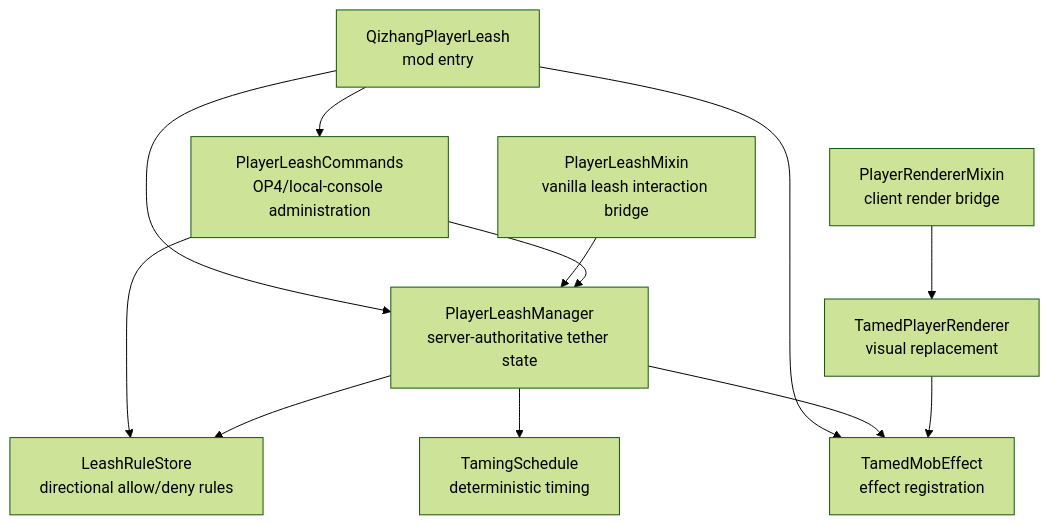
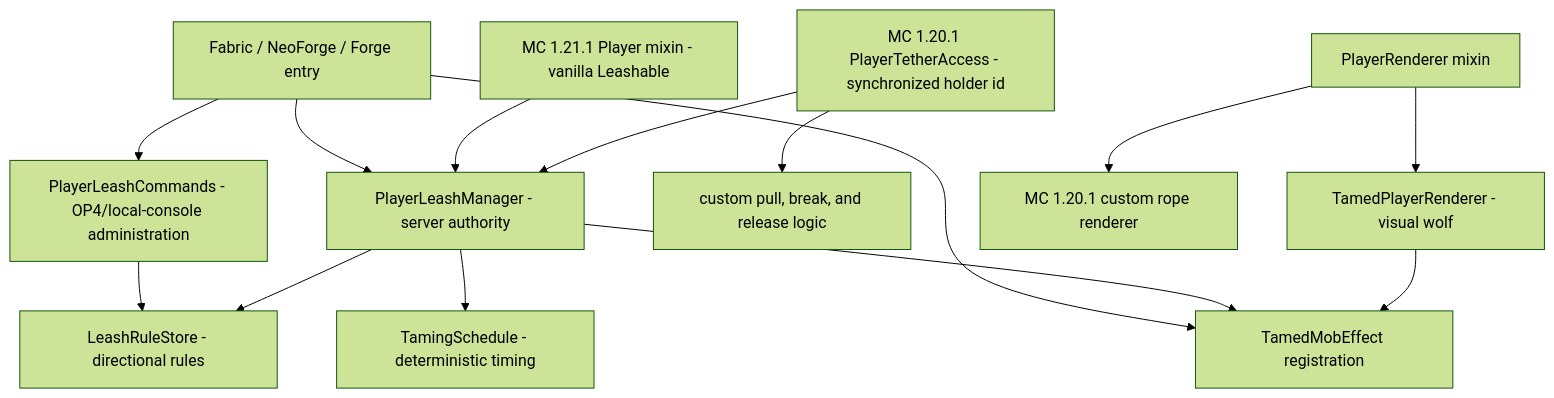
One commit to EeryFrank/Players-Tether-Easter-Egg-Version changed the second of 2 diagrams in docs/DEPENDENCIES_AND_ARCHITECTURE.md. Above: the diagram before and after it, drawn with Mermaid (forest theme). The commit also changed other lines of this file and 59 other files, not shown here.

````diff
--- a/docs/DEPENDENCIES_AND_ARCHITECTURE.md
+++ b/docs/DEPENDENCIES_AND_ARCHITECTURE.md
@@ -29,16 +43,19 @@
 ```mermaid
 flowchart TD
-    Entry["QizhangPlayerLeash\nmod entry"] --> Manager["PlayerLeashManager\nserver-authoritative tether state"]
-    Entry --> Commands["PlayerLeashCommands\nOP4/local-console administration"]
-    Entry --> Effect["TamedMobEffect\neffect registration"]
+    Entry["Fabric / NeoForge / Forge entry"] --> Manager["PlayerLeashManager - server authority"]
+    Entry --> Commands["PlayerLeashCommands - OP4/local-console administration"]
+    Entry --> Effect["TamedMobEffect registration"]
 
-    LeashMixin["PlayerLeashMixin\nvanilla leash interaction bridge"] --> Manager
-    Commands --> Manager
-    Commands --> Rules["LeashRuleStore\ndirectional allow/deny rules"]
+    Commands --> Rules["LeashRuleStore - directional rules"]
     Manager --> Rules
-    Manager --> Schedule["TamingSchedule\ndeterministic timing"]
+    Manager --> Schedule["TamingSchedule - deterministic timing"]
     Manager --> Effect
 
-    RendererMixin["PlayerRendererMixin\nclient render bridge"] --> Renderer["TamedPlayerRenderer\nvisual replacement"]
-    Renderer --> Effect
+    MC121Mixin["MC 1.21.1 Player mixin - vanilla Leashable"] --> Manager
+    MC120Mixin["MC 1.20.1 PlayerTetherAccess - synchronized holder id"] --> Manager
+    MC120Mixin --> MC120Physics["custom pull, break, and release logic"]
+
+    RenderMixin["PlayerRenderer mixin"] --> Wolf["TamedPlayerRenderer - visual wolf"]
+    RenderMixin --> Rope120["MC 1.20.1 custom rope renderer"]
+    Wolf --> Effect
 ```
````
